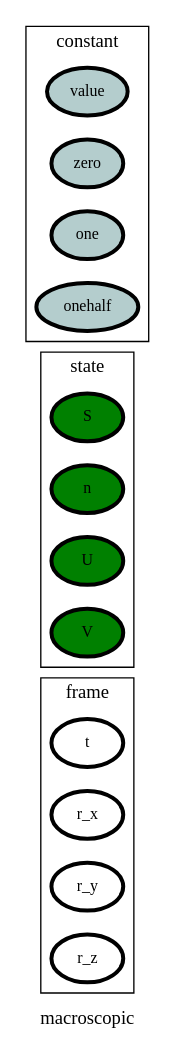
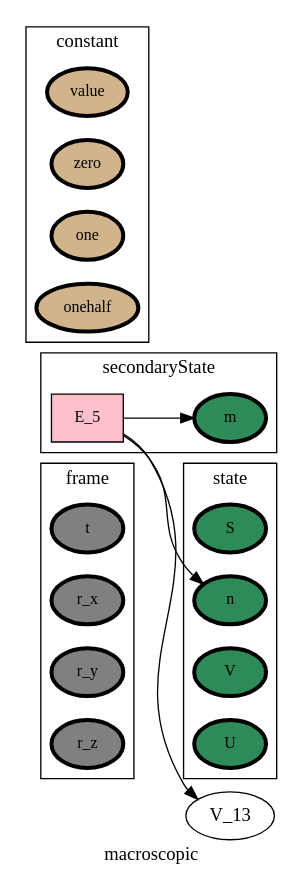
The diagram in ontology_graphs/graph__macroscopic.dot (heinz-preisig/processes_distributed_no_interface_eqs), drawn with Graphviz before and after one commit. The commit also changed 47 other files, not shown here.

```diff
--- a/ontology_graphs/graph__macroscopic.dot
+++ b/ontology_graphs/graph__macroscopic.dot
@@ -1,91 +1,96 @@
 digraph macroscopic {
 label=macroscopic;
 rankdir=LR;
 subgraph cluster_macroscopic___transport {
 label=transport;
 rankdir=LR;
 }
 
 subgraph cluster_macroscopic___geometry {
 label=geometry;
 rankdir=LR;
 }
 
 subgraph cluster_macroscopic___properties {
 label=properties;
 rankdir=LR;
 }
 
 subgraph cluster_macroscopic___network {
 label=network;
 rankdir=LR;
 }
 
 subgraph cluster_macroscopic___differenceOperator {
 label=differenceOperator;
 rankdir=LR;
 }
 
 subgraph cluster_macroscopic___frame {
 label=frame;
 rankdir=LR;
-V_5 [fillcolor=white, fontsize=12, label=t, penwidth=3, style=filled];
-V_6 [fillcolor=white, fontsize=12, label=r_x, penwidth=3, style=filled];
-V_7 [fillcolor=white, fontsize=12, label=r_y, penwidth=3, style=filled];
-V_8 [fillcolor=white, fontsize=12, label=r_z, penwidth=3, style=filled];
+V_5 [fillcolor=grey, fontsize=12, label=t, penwidth=3, style=filled];
+V_6 [fillcolor=grey, fontsize=12, label=r_x, penwidth=3, style=filled];
+V_7 [fillcolor=grey, fontsize=12, label=r_y, penwidth=3, style=filled];
+V_8 [fillcolor=grey, fontsize=12, label=r_z, penwidth=3, style=filled];
 }
 
 subgraph cluster_macroscopic___state {
 label=state;
 rankdir=LR;
-V_10 [fillcolor=green, fontsize=12, label=S, penwidth=3, style=filled];
-V_11 [fillcolor=green, fontsize=12, label=n, penwidth=3, style=filled];
-V_9 [fillcolor=green, fontsize=12, label=U, penwidth=3, style=filled];
-V_12 [fillcolor=green, fontsize=12, label=V, penwidth=3, style=filled];
+V_10 [fillcolor=seagreen, fontsize=12, label=S, penwidth=3, style=filled];
+V_11 [fillcolor=seagreen, fontsize=12, label=n, penwidth=3, style=filled];
+V_12 [fillcolor=seagreen, fontsize=12, label=V, penwidth=3, style=filled];
+V_9 [fillcolor=seagreen, fontsize=12, label=U, penwidth=3, style=filled];
 }
 
 subgraph cluster_macroscopic___constant {
 label=constant;
 rankdir=LR;
-V_1 [fillcolor=lightcyan3, fontsize=12, label=value, penwidth=3, style=filled];
-V_2 [fillcolor=lightcyan3, fontsize=12, label=zero, penwidth=3, style=filled];
-V_3 [fillcolor=lightcyan3, fontsize=12, label=one, penwidth=3, style=filled];
-V_4 [fillcolor=lightcyan3, fontsize=12, label=onehalf, penwidth=3, style=filled];
+V_1 [fillcolor=tan, fontsize=12, label=value, penwidth=3, style=filled];
+V_2 [fillcolor=tan, fontsize=12, label=zero, penwidth=3, style=filled];
+V_3 [fillcolor=tan, fontsize=12, label=one, penwidth=3, style=filled];
+V_4 [fillcolor=tan, fontsize=12, label=onehalf, penwidth=3, style=filled];
 }
 
 subgraph cluster_macroscopic___effort {
 label=effort;
 rankdir=LR;
 }
 
+E_5 -> V_11  [splines=ortho];
+E_5 -> V_13  [splines=ortho];
 subgraph cluster_macroscopic___secondaryState {
 label=secondaryState;
 rankdir=LR;
+V_14 [fillcolor=seagreen4, fontsize=12, label=m, penwidth=3, style=filled];
+E_5 [fillcolor=pink, fontsize=12, shape=box, style=filled];
+E_5 -> V_14  [splines=ortho];
 }
 
 subgraph cluster_macroscopic___conversion {
 label=conversion;
 rankdir=LR;
 }
 
 subgraph cluster_macroscopic___diffState {
 label=diffState;
 rankdir=LR;
 }
 
 subgraph cluster_macroscopic___internalTransport {
 label=internalTransport;
 rankdir=LR;
 }
 
 subgraph cluster_macroscopic___controlInput {
 label=controlInput;
 rankdir=LR;
 }
 
 subgraph cluster_macroscopic___observation {
 label=observation;
 rankdir=LR;
 }
 
 }
```
